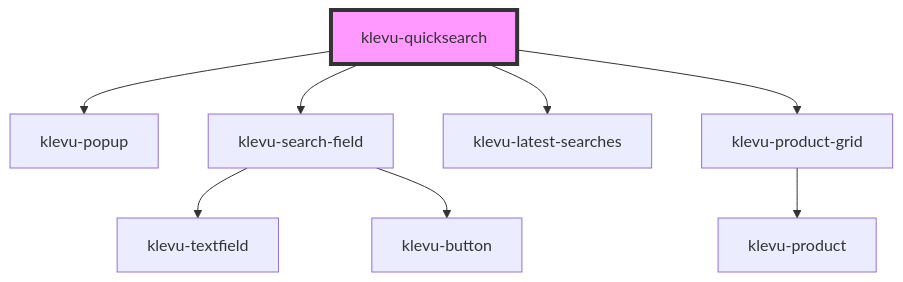
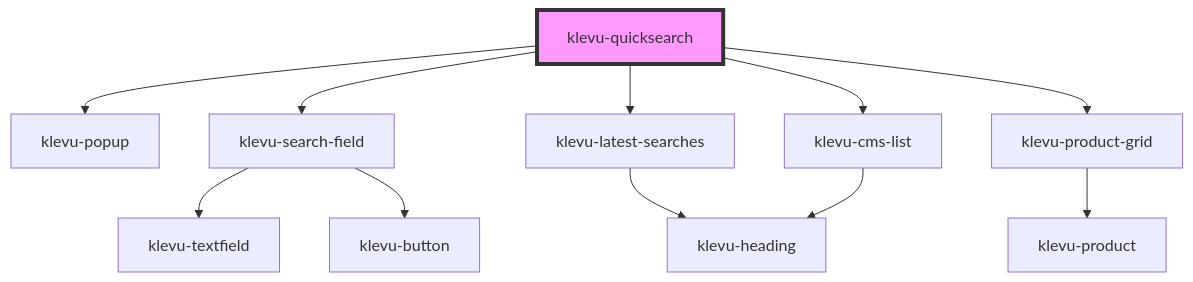
The diagram in packages/klevu-ui/src/components/klevu-quicksearch/readme.md (klevultd/frontend-sdk), drawn with Mermaid before and after one commit. The commit also changed other lines of this file and 74 other files, not shown here.

````diff
--- a/packages/klevu-ui/src/components/klevu-quicksearch/readme.md
+++ b/packages/klevu-ui/src/components/klevu-quicksearch/readme.md
@@ -34,11 +37,14 @@
 ```mermaid
 graph TD;
   klevu-quicksearch --> klevu-popup
   klevu-quicksearch --> klevu-search-field
   klevu-quicksearch --> klevu-latest-searches
+  klevu-quicksearch --> klevu-cms-list
   klevu-quicksearch --> klevu-product-grid
   klevu-search-field --> klevu-textfield
   klevu-search-field --> klevu-button
+  klevu-latest-searches --> klevu-heading
+  klevu-cms-list --> klevu-heading
   klevu-product-grid --> klevu-product
   style klevu-quicksearch fill:#f9f,stroke:#333,stroke-width:4px
 ```
````
